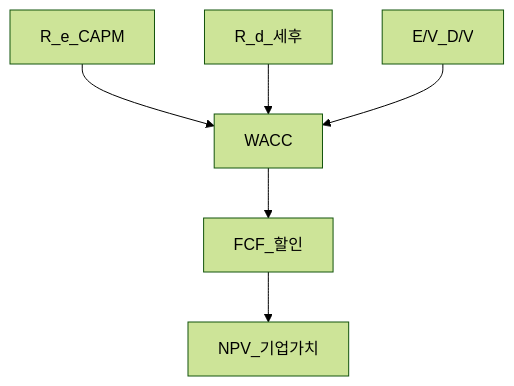
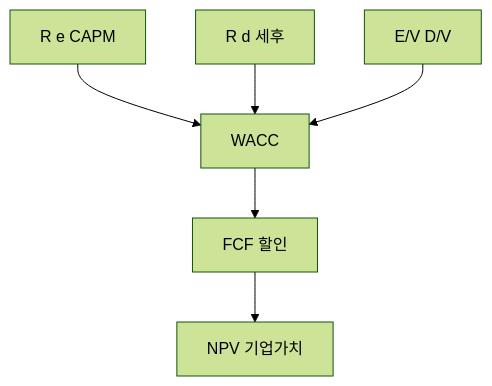
One commit to goldanghenry/Finances changed the first of 2 diagrams in 09-corporate-finance/wacc-capital-structure.md. Above: the diagram before and after it, drawn with Mermaid (forest theme). The commit also changed other lines of this file and 211 other files, not shown here.

````diff
--- a/09-corporate-finance/wacc-capital-structure.md
+++ b/09-corporate-finance/wacc-capital-structure.md
@@ -95,8 +112,8 @@
 ```mermaid
 flowchart TD
-  Re[R_e_CAPM] --> WACC[WACC]
-  Rd[R_d_세후] --> WACC
-  Weights[E/V_D/V] --> WACC
-  WACC --> DCF[FCF_할인]
-  DCF --> NPV[NPV_기업가치]
+  Re["R e CAPM"] --> WACC[WACC]
+  Rd["R d 세후"] --> WACC
+  Weights["E/V D/V"] --> WACC
+  WACC --> DCF["FCF 할인"]
+  DCF --> NPV["NPV 기업가치"]
 ```
````
